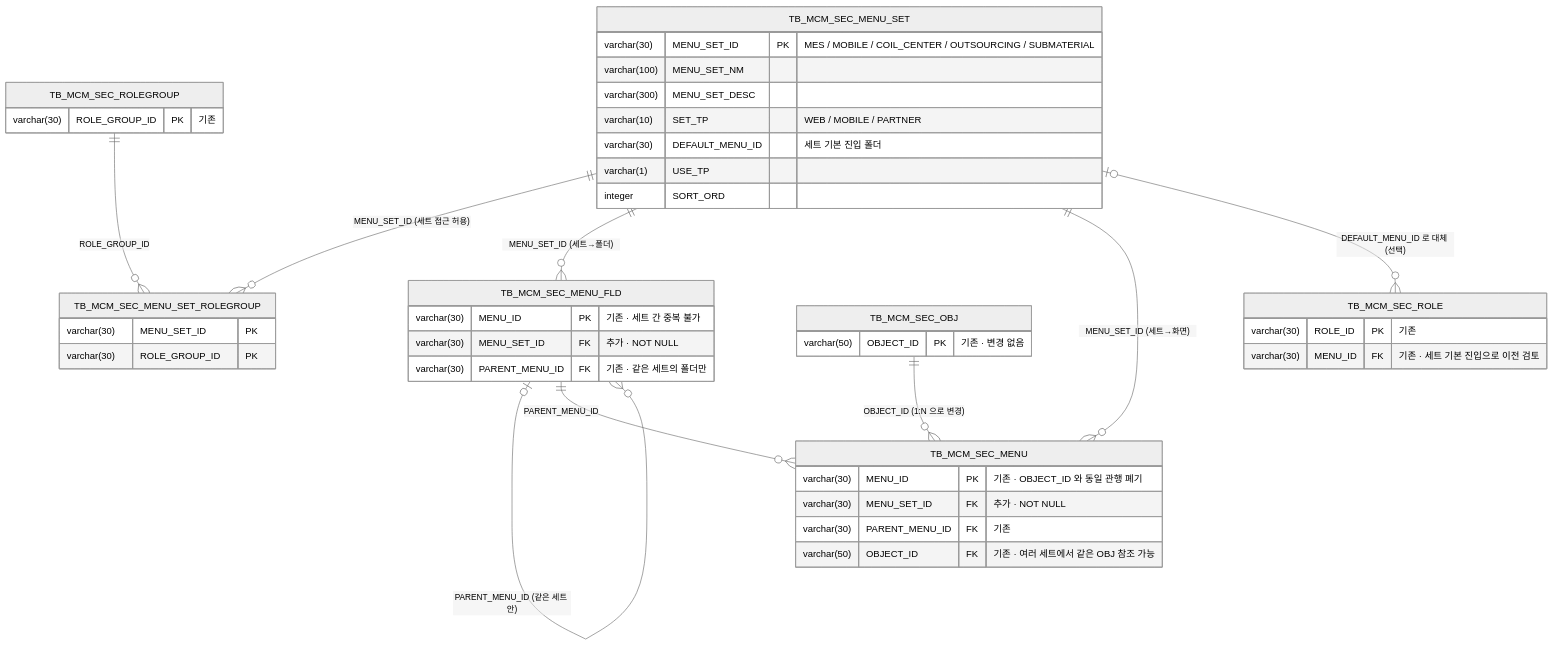
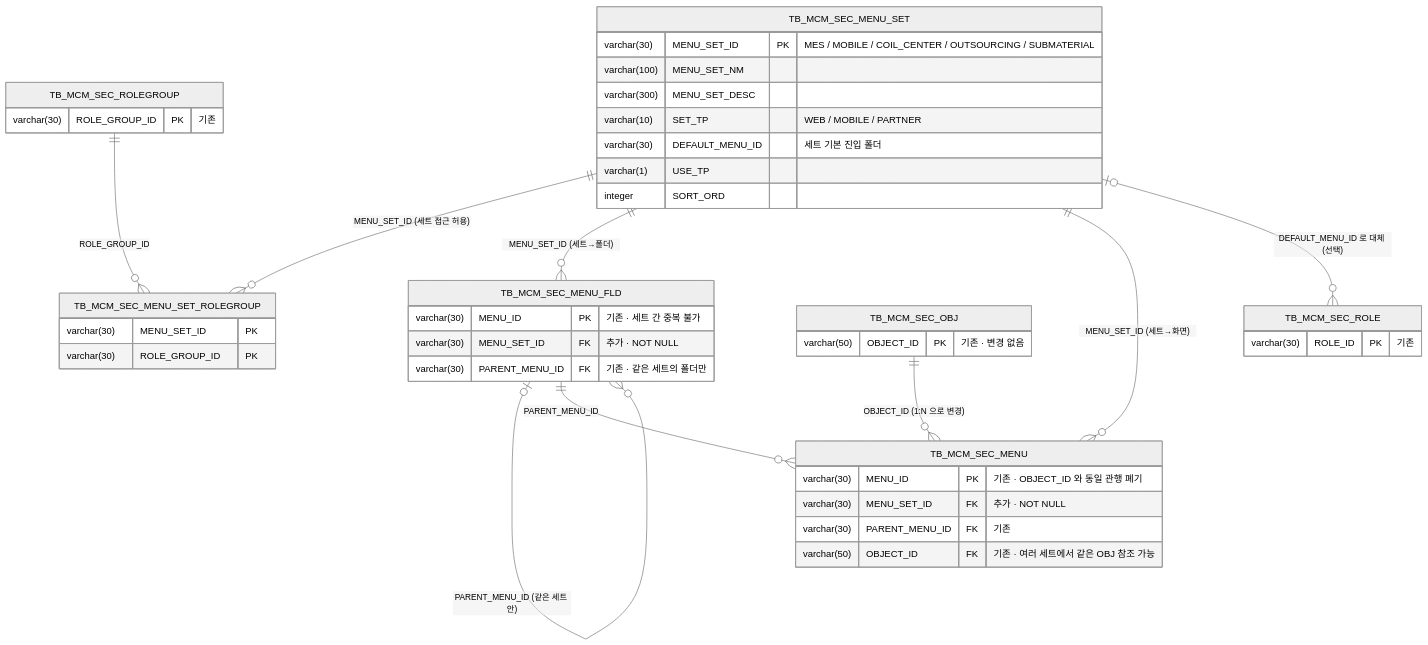
The fourth of 5 diagrams in docs/mcm/erd/csa-sec-erd.md (jongik-sv/dmes-standard), drawn with Mermaid (neutral theme) before and after one commit. The commit also changed other lines of this file and 6 other files, not shown here.

First line of the commit message:
docs(mcm): 남은 역할 MENU_ID 서술을 정리하고 MDM ERD 힌트를 다시 만든다

````diff
--- a/docs/mcm/erd/csa-sec-erd.md
+++ b/docs/mcm/erd/csa-sec-erd.md
@@ -285,47 +282,46 @@
 ```mermaid
 erDiagram
     direction TB
     TB_MCM_SEC_MENU_SET  ||--o{ TB_MCM_SEC_MENU_SET_ROLEGROUP : "MENU_SET_ID (세트 접근 허용)"
     TB_MCM_SEC_ROLEGROUP ||--o{ TB_MCM_SEC_MENU_SET_ROLEGROUP : "ROLE_GROUP_ID"
     TB_MCM_SEC_MENU_SET  ||--o{ TB_MCM_SEC_MENU_FLD           : "MENU_SET_ID (세트→폴더)"
     TB_MCM_SEC_MENU_SET  ||--o{ TB_MCM_SEC_MENU               : "MENU_SET_ID (세트→화면)"
     TB_MCM_SEC_MENU_FLD  |o--o{ TB_MCM_SEC_MENU_FLD           : "PARENT_MENU_ID (같은 세트 안)"
     TB_MCM_SEC_MENU_FLD  ||--o{ TB_MCM_SEC_MENU               : "PARENT_MENU_ID"
     TB_MCM_SEC_OBJ       ||--o{ TB_MCM_SEC_MENU               : "OBJECT_ID (1:N 으로 변경)"
     TB_MCM_SEC_MENU_SET  |o--o{ TB_MCM_SEC_ROLE               : "DEFAULT_MENU_ID 로 대체 (선택)"
 
     TB_MCM_SEC_MENU_SET {
         varchar(30)  MENU_SET_ID PK "MES / MOBILE / COIL_CENTER / OUTSOURCING / SUBMATERIAL"
         varchar(100) MENU_SET_NM
         varchar(300) MENU_SET_DESC
         varchar(10)  SET_TP "WEB / MOBILE / PARTNER"
         varchar(30)  DEFAULT_MENU_ID "세트 기본 진입 폴더"
         varchar(1)   USE_TP
         integer      SORT_ORD
     }
     TB_MCM_SEC_MENU_SET_ROLEGROUP {
         varchar(30)  MENU_SET_ID PK
         varchar(30)  ROLE_GROUP_ID PK
     }
     TB_MCM_SEC_ROLEGROUP {
         varchar(30)  ROLE_GROUP_ID PK "기존"
     }
     TB_MCM_SEC_MENU_FLD {
         varchar(30)  MENU_ID PK "기존 · 세트 간 중복 불가"
         varchar(30)  MENU_SET_ID FK "추가 · NOT NULL"
         varchar(30)  PARENT_MENU_ID FK "기존 · 같은 세트의 폴더만"
     }
     TB_MCM_SEC_MENU {
         varchar(30)  MENU_ID PK "기존 · OBJECT_ID 와 동일 관행 폐기"
         varchar(30)  MENU_SET_ID FK "추가 · NOT NULL"
         varchar(30)  PARENT_MENU_ID FK "기존"
         varchar(50)  OBJECT_ID FK "기존 · 여러 세트에서 같은 OBJ 참조 가능"
     }
     TB_MCM_SEC_OBJ {
         varchar(50)  OBJECT_ID PK "기존 · 변경 없음"
     }
     TB_MCM_SEC_ROLE {
         varchar(30)  ROLE_ID PK "기존"
-        varchar(30)  MENU_ID FK "기존 · 세트 기본 진입으로 이전 검토"
     }
 ```
````
